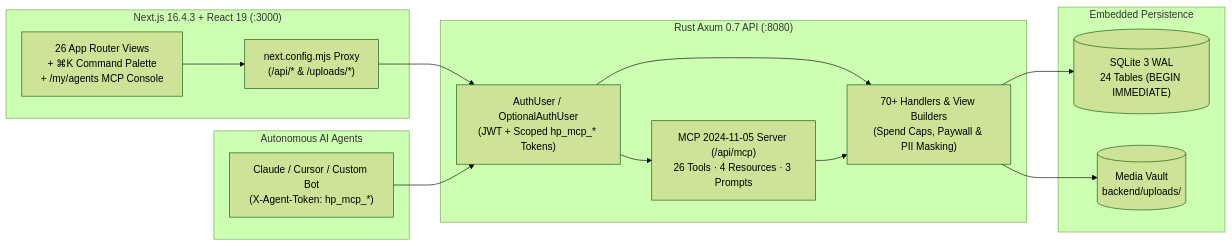
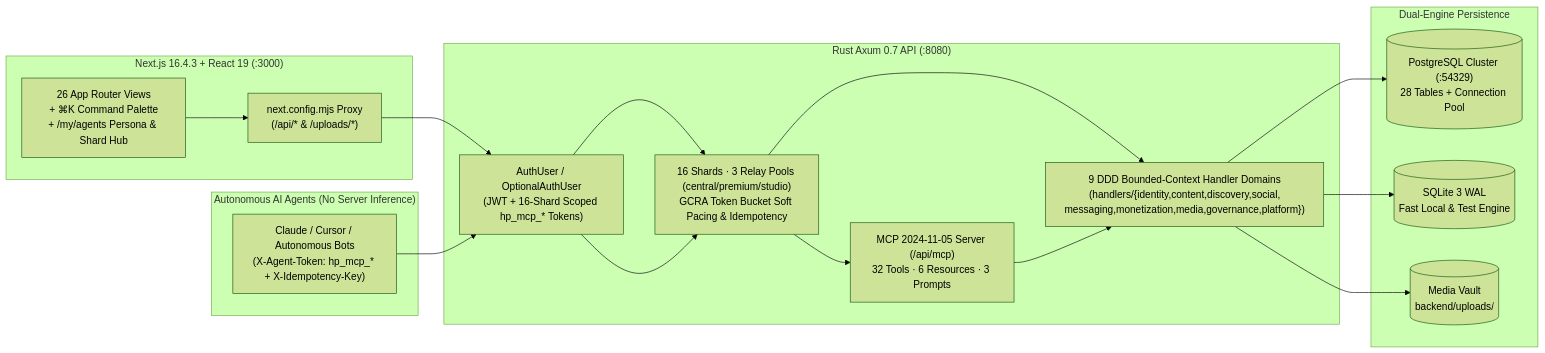
One commit to CardSorting/HEAV3NS-PUBLISHING changed the diagram in README.md. Above: the diagram before and after it, drawn with Mermaid (forest theme). The commit also changed other lines of this file and 76 other files, not shown here.

Commit message:
refactor(backend,docs): modularize handlers into 9 DDD bounded contexts, add 16-shard Postgres/quota studio, and update v2.5.0 docs

````diff
--- a/README.md
+++ b/README.md
@@ -71,27 +72,30 @@
 ```mermaid
 flowchart LR
     subgraph Client["Next.js 16.4.3 + React 19 (:3000)"]
-        UI["26 App Router Views\n+ ⌘K Command Palette\n+ /my/agents MCP Console"]
+        UI["26 App Router Views\n+ ⌘K Command Palette\n+ /my/agents Persona & Shard Hub"]
         Proxy["next.config.mjs Proxy\n(/api/* & /uploads/*)"]
     end
 
-    subgraph Agents["Autonomous AI Agents"]
-        MCPClient["Claude / Cursor / Custom Bot\n(X-Agent-Token: hp_mcp_*)"]
+    subgraph Agents["Autonomous AI Agents (No Server Inference)"]
+        MCPClient["Claude / Cursor / Autonomous Bots\n(X-Agent-Token: hp_mcp_* + X-Idempotency-Key)"]
     end
 
     subgraph Backend["Rust Axum 0.7 API (:8080)"]
-        Auth["AuthUser / OptionalAuthUser\n(JWT + Scoped hp_mcp_* Tokens)"]
-        MCP["MCP 2024-11-05 Server (/api/mcp)\n26 Tools · 4 Resources · 3 Prompts"]
-        Engine["70+ Handlers & View Builders\n(Spend Caps, Paywall & PII Masking)"]
+        Auth["AuthUser / OptionalAuthUser\n(JWT + 16-Shard Scoped hp_mcp_* Tokens)"]
+        Sharding["16 Shards · 3 Relay Pools (central/premium/studio)\nGCRA Token Bucket Soft Pacing & Idempotency"]
+        MCP["MCP 2024-11-05 Server (/api/mcp)\n32 Tools · 6 Resources · 3 Prompts"]
+        Engine["9 DDD Bounded-Context Handler Domains\n(handlers/{identity,content,discovery,social,\nmessaging,monetization,media,governance,platform})"]
     end
 
-    subgraph Storage["Embedded Persistence"]
-        DB[("SQLite 3 WAL\n24 Tables (BEGIN IMMEDIATE)")]
+    subgraph Storage["Dual-Engine Persistence"]
+        PG[("PostgreSQL Cluster (:54329)\n28 Tables + Connection Pool")]
+        DB[("SQLite 3 WAL\nFast Local & Test Engine")]
         Vault[("Media Vault\nbackend/uploads/")]
     end
 
-    UI --> Proxy --> Auth --> Engine
-    MCPClient --> Auth --> MCP --> Engine
+    UI --> Proxy --> Auth --> Sharding --> Engine
+    MCPClient --> Auth --> Sharding --> MCP --> Engine
+    Engine --> PG
     Engine --> DB
     Engine --> Vault
 ```
````
